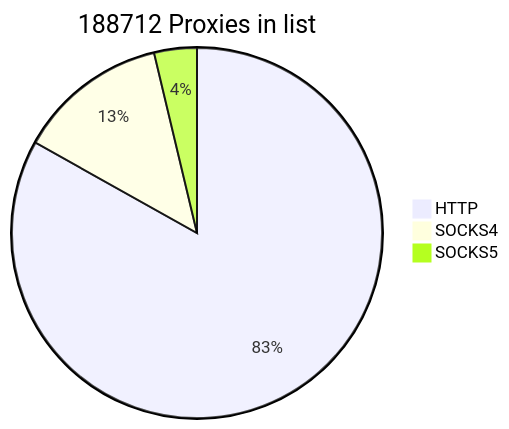
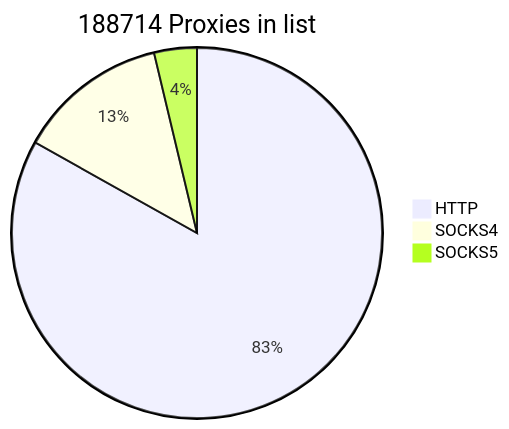
One commit to cutipu/proxylist changed the first of 2 diagrams in README.md. Above: the diagram before and after it, drawn with Mermaid. The commit also changed other lines of this file, not shown here.

````diff
--- a/README.md
+++ b/README.md
@@ -2,7 +2,7 @@
 ```mermaid
-pie title 188712 Proxies in list
+pie title 188714 Proxies in list
     "HTTP" : 156858
     "SOCKS4" : 24819
-    "SOCKS5" : 7035
+    "SOCKS5" : 7037
             
 ```
````
